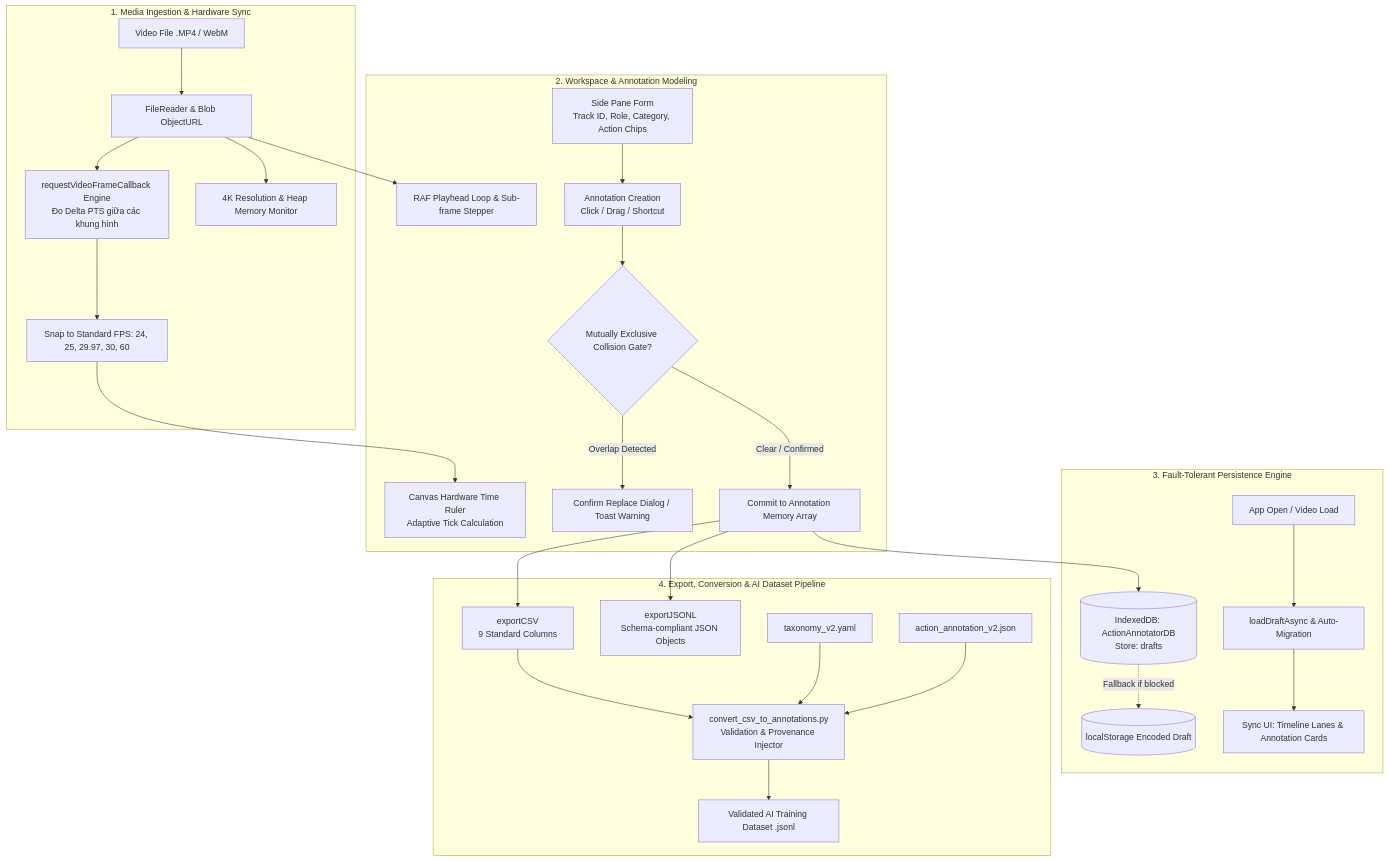
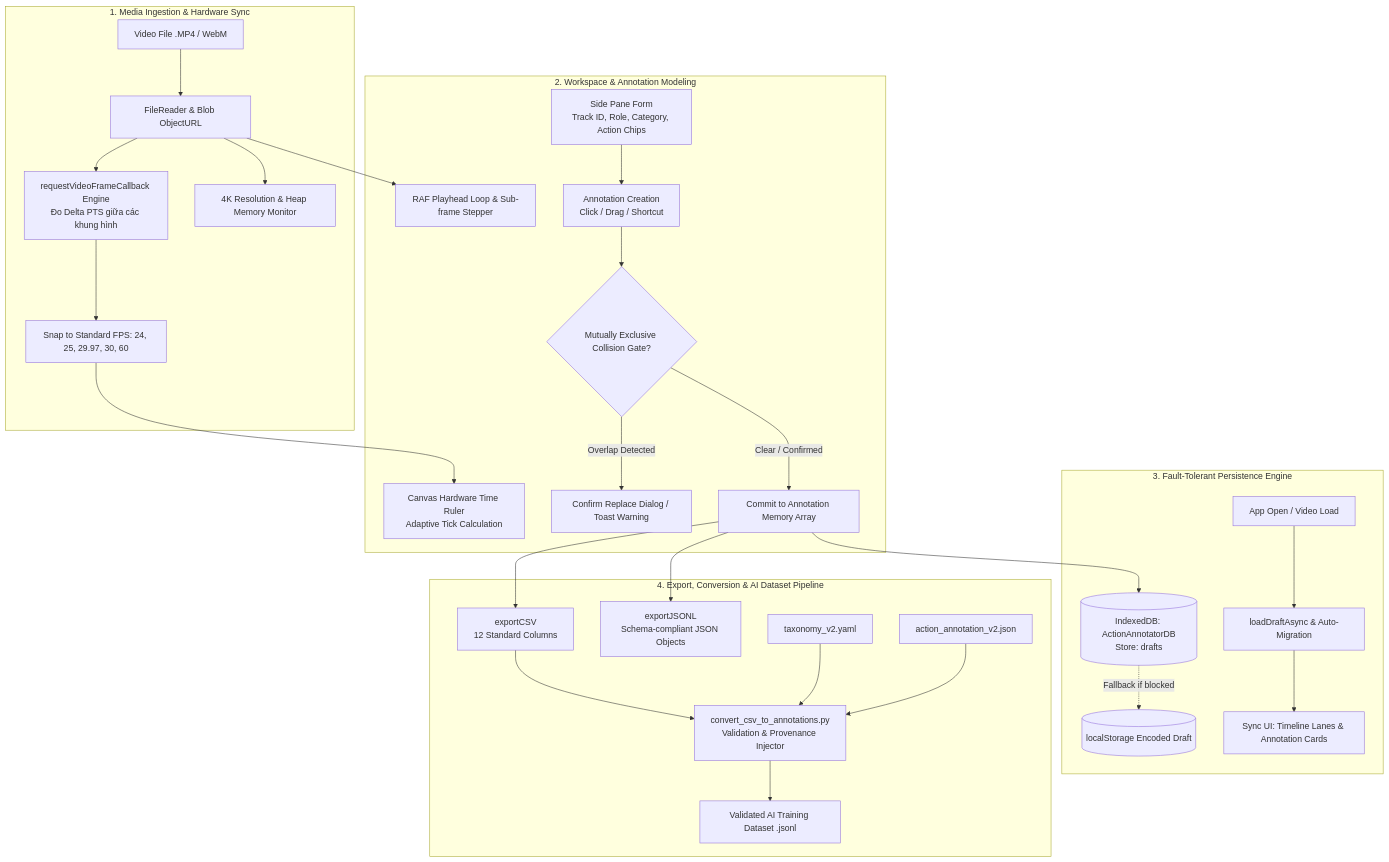
Before and after one commit to MCK564/multimodal-action-annotator: the diagram in README.md, drawn with Mermaid. The commit also changed other lines of this file and 5 other files, not shown here.

````diff
--- a/README.md
+++ b/README.md
@@ -27,42 +27,42 @@
 ```mermaid
 flowchart TD
     subgraph IN["1. Media Ingestion & Hardware Sync"]
         V[Video File .MP4 / WebM] --> V_LOAD[FileReader & Blob ObjectURL]
         V_LOAD --> DETECT_FPS[requestVideoFrameCallback Engine
 Đo Delta PTS giữa các khung hình]
         DETECT_FPS --> SNAP_FPS[Snap to Standard FPS: 24, 25, 29.97, 30, 60]
         V_LOAD --> MEM_CHECK[4K Resolution & Heap Memory Monitor]
     end
 
     subgraph WORKSPACE["2. Workspace & Annotation Modeling"]
         SNAP_FPS --> RULER[Canvas Hardware Time Ruler
 Adaptive Tick Calculation]
         V_LOAD --> SYNC_P[RAF Playhead Loop & Sub-frame Stepper]
         FORM[Side Pane Form
 Track ID, Role, Category, Action Chips] --> INTERACTION[Annotation Creation
 Click / Drag / Shortcut]
         INTERACTION --> COLLISION{Mutually Exclusive Collision Gate?}
         COLLISION -->|Overlap Detected| CONFIRM[Confirm Replace Dialog / Toast Warning]
         COLLISION -->|Clear / Confirmed| ADD[Commit to Annotation Memory Array]
     end
 
     subgraph PERSIST["3. Fault-Tolerant Persistence Engine"]
         ADD --> IDB[(IndexedDB: ActionAnnotatorDB
 Store: drafts)]
         IDB -.->|Fallback if blocked| LS[(localStorage Encoded Draft)]
         INIT[App Open / Video Load] --> IDB_LOAD[loadDraftAsync & Auto-Migration]
         IDB_LOAD --> RENDER[Sync UI: Timeline Lanes & Annotation Cards]
     end
 
     subgraph OUT["4. Export, Conversion & AI Dataset Pipeline"]
         ADD --> EX_CSV[exportCSV
-9 Standard Columns]
+12 Standard Columns]
         ADD --> EX_JSONL[exportJSONL
 Schema-compliant JSON Objects]
         EX_CSV --> CONV[convert_csv_to_annotations.py
 Validation & Provenance Injector]
         TAX_YML[taxonomy_v2.yaml] --> CONV
         SCHEMA[action_annotation_v2.json] --> CONV
         CONV --> FINAL_JSONL[Validated AI Training Dataset .jsonl]
     end
 ```
````
